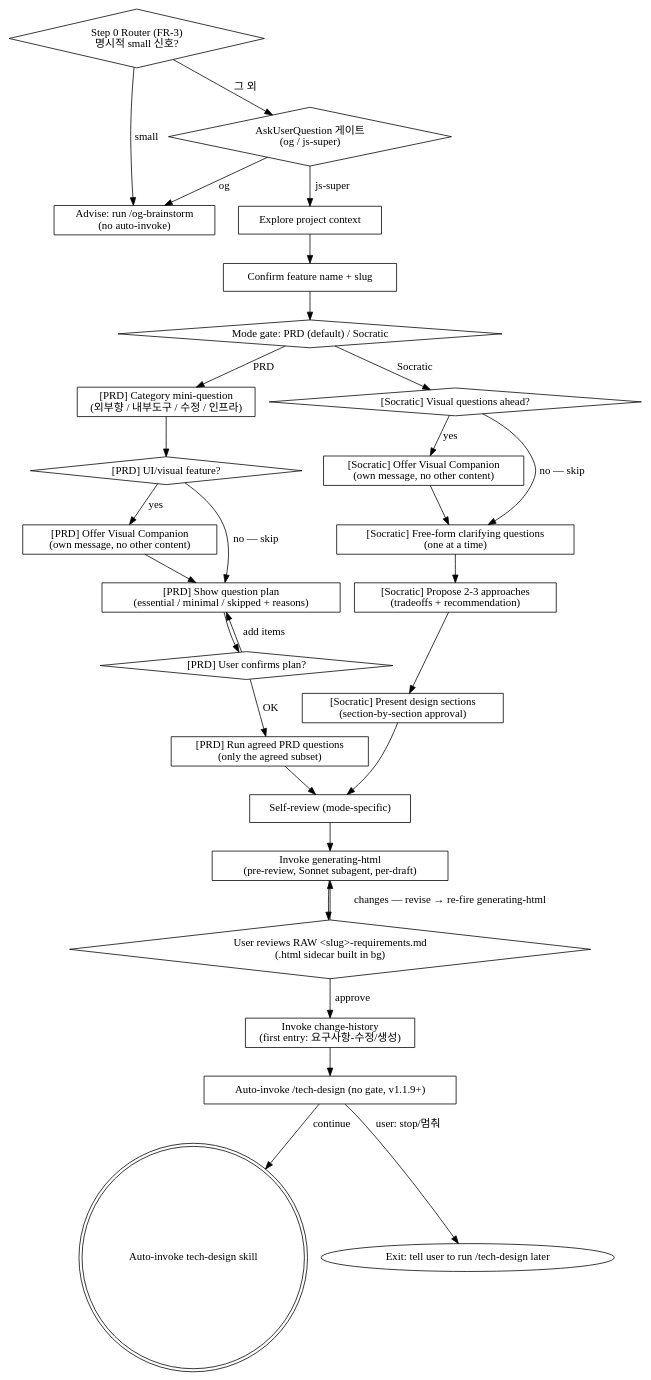
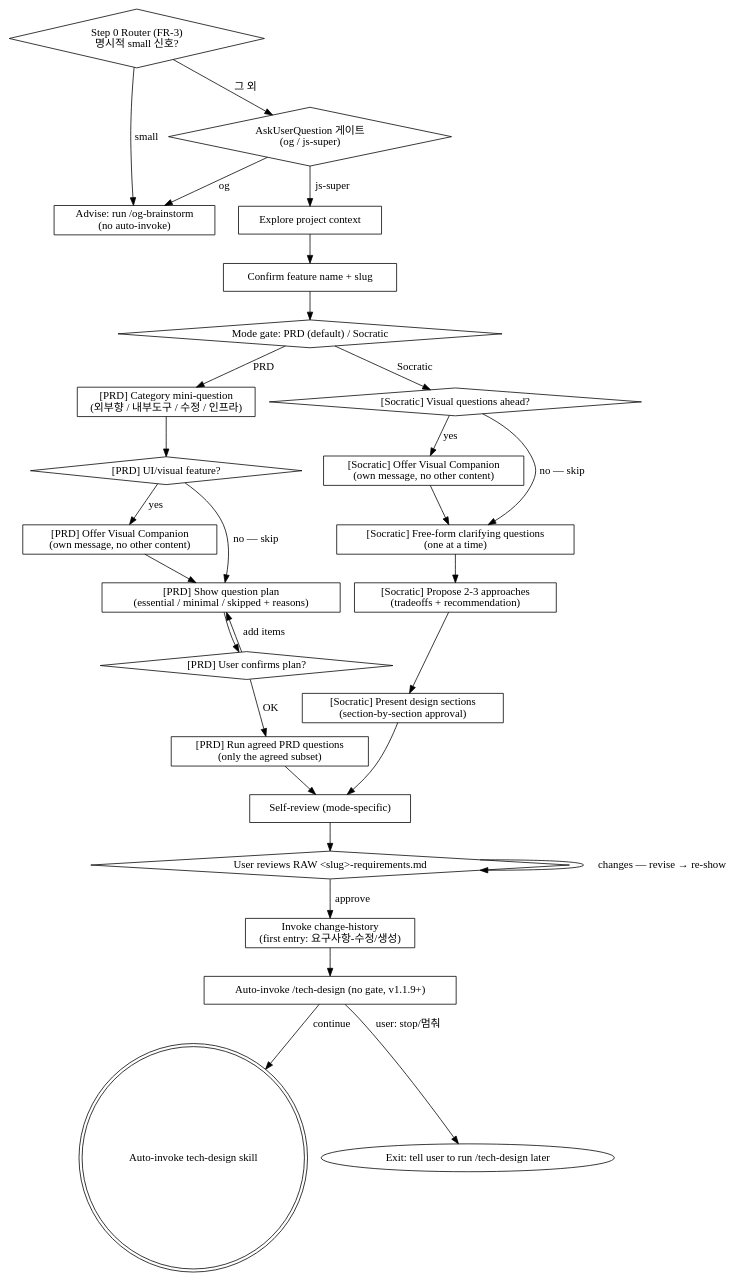
The diagram in skills/brainstorming/SKILL.md (LonerStayle/js-super), drawn with Graphviz before and after one commit. The commit also changed other lines of this file and 9 other files, not shown here.

First line of the commit message:
feat: generating-html 기본 플로우 자동 발동 제거 + 커맨드 전용 강등 (v2.8.2)

````diff
--- a/skills/brainstorming/SKILL.md
+++ b/skills/brainstorming/SKILL.md
@@ -121,64 +120,62 @@
 ```dot
 digraph brainstorm_flow {
     "Step 0 Router (FR-3)\n명시적 small 신호?" [shape=diamond];
     "Advise: run /og-brainstorm\n(no auto-invoke)" [shape=box];
     "AskUserQuestion 게이트\n(og / js-super)" [shape=diamond];
     "Explore project context" [shape=box];
     "Confirm feature name + slug" [shape=box];
     "Mode gate: PRD (default) / Socratic" [shape=diamond];
 
     "[PRD] Category mini-question\n(외부향 / 내부도구 / 수정 / 인프라)" [shape=box];
     "[PRD] UI/visual feature?" [shape=diamond];
     "[PRD] Offer Visual Companion\n(own message, no other content)" [shape=box];
     "[PRD] Show question plan\n(essential / minimal / skipped + reasons)" [shape=box];
     "[PRD] User confirms plan?" [shape=diamond];
     "[PRD] Run agreed PRD questions\n(only the agreed subset)" [shape=box];
 
     "[Socratic] Visual questions ahead?" [shape=diamond];
     "[Socratic] Offer Visual Companion\n(own message, no other content)" [shape=box];
     "[Socratic] Free-form clarifying questions\n(one at a time)" [shape=box];
     "[Socratic] Propose 2-3 approaches\n(tradeoffs + recommendation)" [shape=box];
     "[Socratic] Present design sections\n(section-by-section approval)" [shape=box];
 
     "Self-review (mode-specific)" [shape=box];
-    "User reviews RAW <slug>-requirements.md\n(.html sidecar built in bg)" [shape=diamond];
-    "Invoke generating-html\n(pre-review, Sonnet subagent, per-draft)" [shape=box];
+    "User reviews RAW <slug>-requirements.md" [shape=diamond];
     "Invoke change-history\n(first entry: 요구사항-수정/생성)" [shape=box];
     "Auto-invoke /tech-design (no gate, v1.1.9+)" [shape=box];
     "Auto-invoke tech-design skill" [shape=doublecircle];
     "Exit: tell user to run /tech-design later" [shape=oval];
 
     "Step 0 Router (FR-3)\n명시적 small 신호?" -> "Advise: run /og-brainstorm\n(no auto-invoke)" [label="small"];
     "Step 0 Router (FR-3)\n명시적 small 신호?" -> "AskUserQuestion 게이트\n(og / js-super)" [label="그 외"];
     "AskUserQuestion 게이트\n(og / js-super)" -> "Advise: run /og-brainstorm\n(no auto-invoke)" [label="og"];
     "AskUserQuestion 게이트\n(og / js-super)" -> "Explore project context" [label="js-super"];
     "Explore project context" -> "Confirm feature name + slug";
     "Confirm feature name + slug" -> "Mode gate: PRD (default) / Socratic";
 
     "Mode gate: PRD (default) / Socratic" -> "[PRD] Category mini-question\n(외부향 / 내부도구 / 수정 / 인프라)" [label="PRD"];
     "[PRD] Category mini-question\n(외부향 / 내부도구 / 수정 / 인프라)" -> "[PRD] UI/visual feature?";
     "[PRD] UI/visual feature?" -> "[PRD] Offer Visual Companion\n(own message, no other content)" [label="yes"];
     "[PRD] UI/visual feature?" -> "[PRD] Show question plan\n(essential / minimal / skipped + reasons)" [label="no — skip"];
     "[PRD] Offer Visual Companion\n(own message, no other content)" -> "[PRD] Show question plan\n(essential / minimal / skipped + reasons)";
     "[PRD] Show question plan\n(essential / minimal / skipped + reasons)" -> "[PRD] User confirms plan?";
     "[PRD] User confirms plan?" -> "[PRD] Show question plan\n(essential / minimal / skipped + reasons)" [label="add items"];
     "[PRD] User confirms plan?" -> "[PRD] Run agreed PRD questions\n(only the agreed subset)" [label="OK"];
     "[PRD] Run agreed PRD questions\n(only the agreed subset)" -> "Self-review (mode-specific)";
 
     "Mode gate: PRD (default) / Socratic" -> "[Socratic] Visual questions ahead?" [label="Socratic"];
     "[Socratic] Visual questions ahead?" -> "[Socratic] Offer Visual Companion\n(own message, no other content)" [label="yes"];
     "[Socratic] Visual questions ahead?" -> "[Socratic] Free-form clarifying questions\n(one at a time)" [label="no — skip"];
     "[Socratic] Offer Visual Companion\n(own message, no other content)" -> "[Socratic] Free-form clarifying questions\n(one at a time)";
     "[Socratic] Free-form clarifying questions\n(one at a time)" -> "[Socratic] Propose 2-3 approaches\n(tradeoffs + recommendation)";
     "[Socratic] Propose 2-3 approaches\n(tradeoffs + recommendation)" -> "[Socratic] Present design sections\n(section-by-section approval)";
     "[Socratic] Present design sections\n(section-by-section approval)" -> "Self-review (mode-specific)";
 
-    "Self-review (mode-specific)" -> "Invoke generating-html\n(pre-review, Sonnet subagent, per-draft)";
-    "Invoke generating-html\n(pre-review, Sonnet subagent, per-draft)" -> "User reviews RAW <slug>-requirements.md\n(.html sidecar built in bg)";
-    "User reviews RAW <slug>-requirements.md\n(.html sidecar built in bg)" -> "Invoke generating-html\n(pre-review, Sonnet subagent, per-draft)" [label="changes — revise → re-fire generating-html"];
-    "User reviews RAW <slug>-requirements.md\n(.html sidecar built in bg)" -> "Invoke change-history\n(first entry: 요구사항-수정/생성)" [label="approve"];
+    "Self-review (mode-specific)" -> "User reviews RAW <slug>-requirements.md";
+    "User reviews RAW <slug>-requirements.md" -> "User reviews RAW <slug>-requirements.md" [label="changes — revise → re-show"];
+    "User reviews RAW <slug>-requirements.md" -> "Invoke change-history\n(first entry: 요구사항-수정/생성)" [label="approve"];
     "Invoke change-history\n(first entry: 요구사항-수정/생성)" -> "Auto-invoke /tech-design (no gate, v1.1.9+)";
     "Auto-invoke /tech-design (no gate, v1.1.9+)" -> "Auto-invoke tech-design skill" [label="continue"];
     "Auto-invoke /tech-design (no gate, v1.1.9+)" -> "Exit: tell user to run /tech-design later" [label="user: stop/멈춰"];
 }
 ```
````
